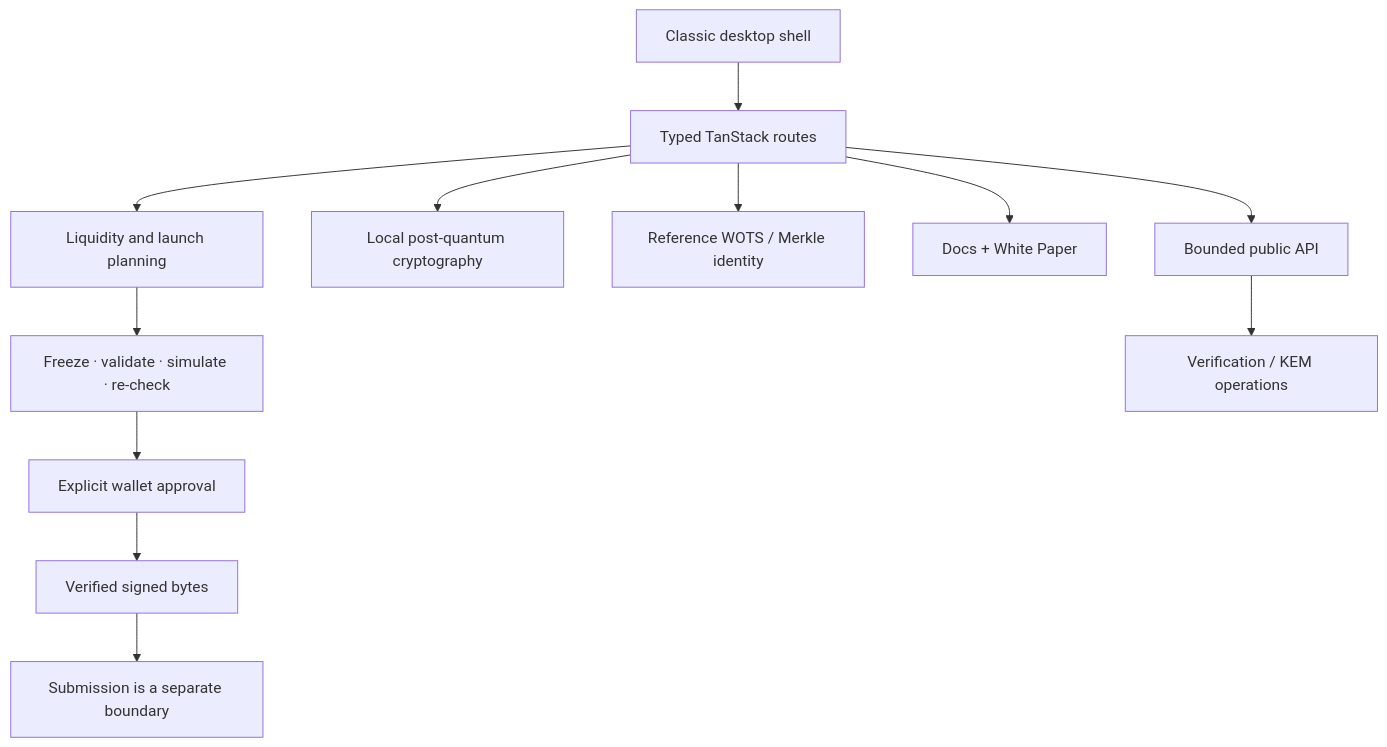
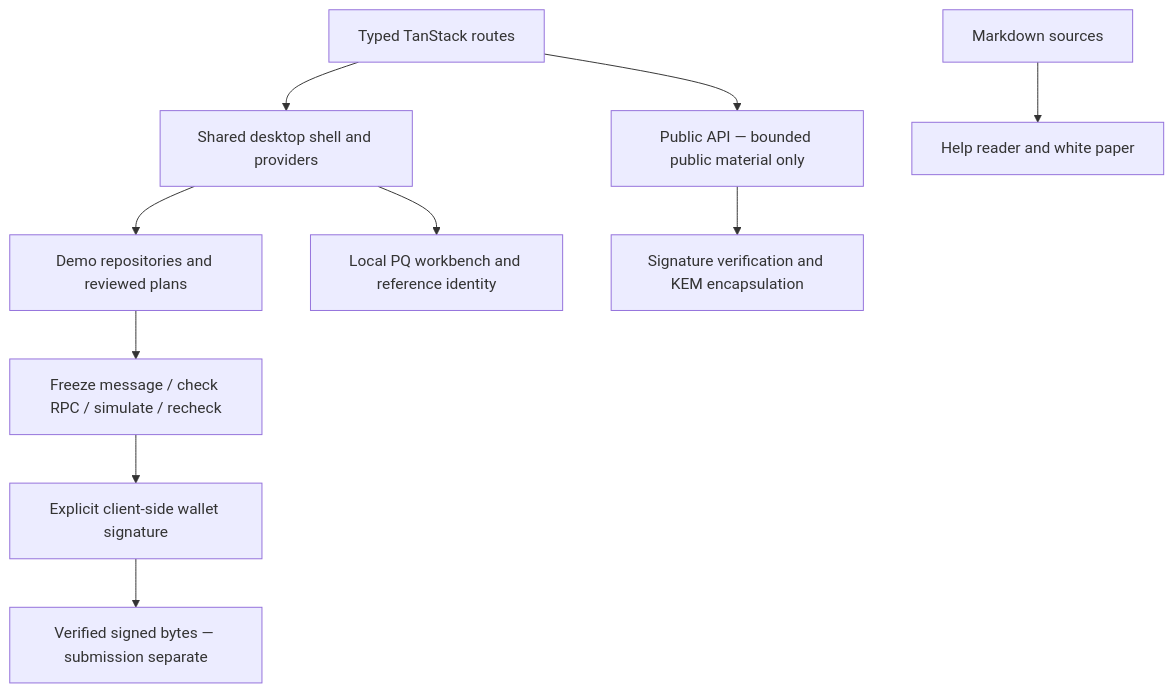
The diagram in README.md (NeMoTron35/NeMo), drawn with Mermaid before and after one commit. The commit also changed other lines of this file and 84 other files, not shown here.

````diff
--- a/README.md
+++ b/README.md
@@ -80,14 +32,12 @@
 ```mermaid
 flowchart TD
-    UI[Classic desktop shell] --> Routes[Typed TanStack routes]
-    Routes --> Market[Liquidity and launch planning]
-    Routes --> Crypto[Local post-quantum cryptography]
-    Routes --> Identity[Reference WOTS / Merkle identity]
-    Routes --> Docs[Docs + White Paper]
-    Market --> Review[Freeze · validate · simulate · re-check]
-    Review --> Wallet[Explicit wallet approval]
-    Wallet --> Signed[Verified signed bytes]
-    Signed --> Submit[Submission is a separate boundary]
-    Routes --> API[Bounded public API]
-    API --> Verify[Verification / KEM operations]
+  Routes[Typed TanStack routes] --> Desktop[Shared desktop shell and providers]
+  Desktop --> Plans[Demo repositories and reviewed plans]
+  Desktop --> Crypto[Local PQ workbench and reference identity]
+  Plans --> Review[Freeze message / check RPC / simulate / recheck]
+  Review --> Wallet[Explicit client-side wallet signature]
+  Wallet --> Bytes[Verified signed bytes — submission separate]
+  Routes --> API[Public API — bounded public material only]
+  API --> Verify[Signature verification and KEM encapsulation]
+  Docs[Markdown sources] --> Help[Help reader and white paper]
 ```
````
